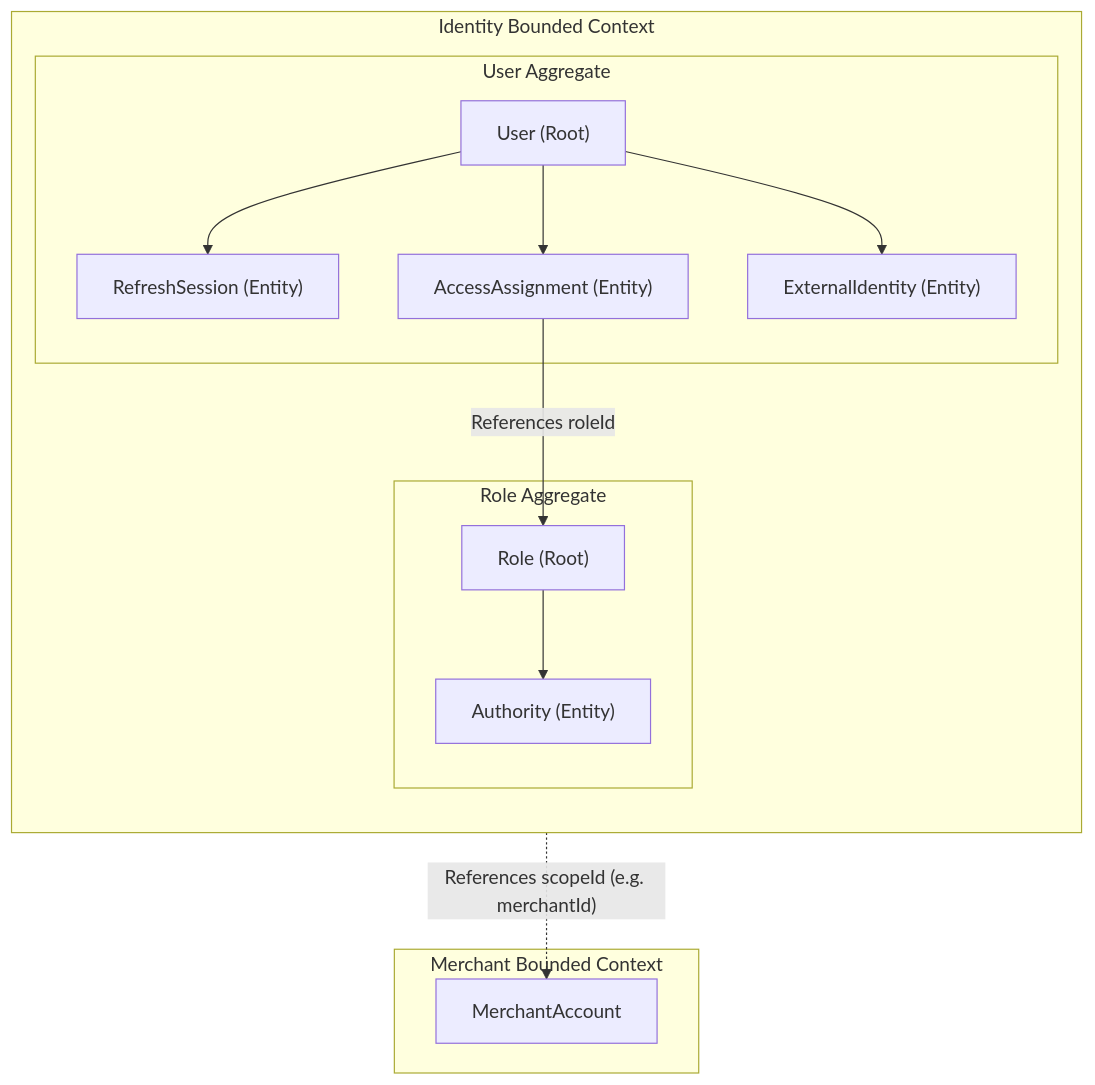
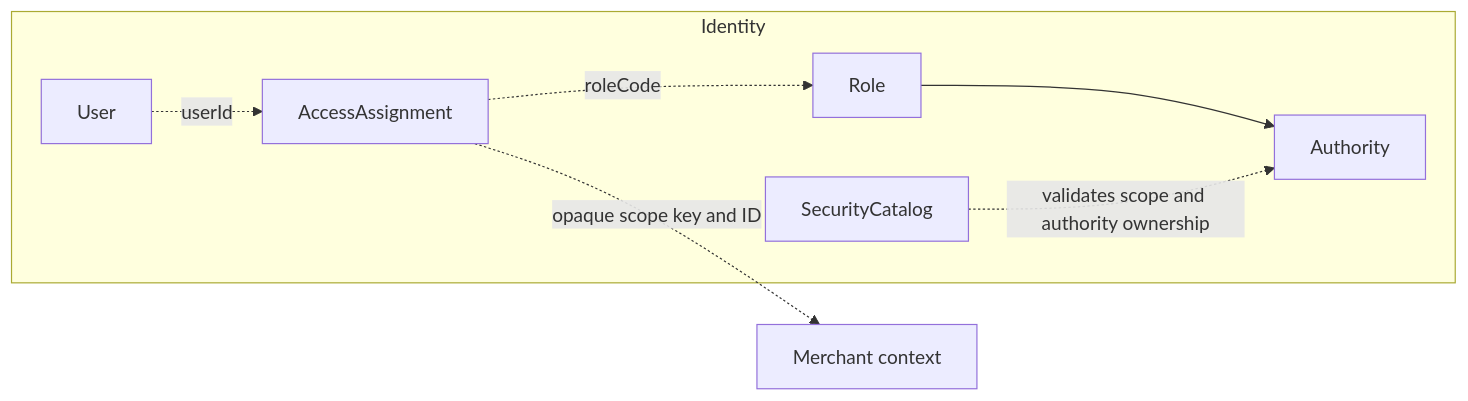
One commit to khinemyaezin/grab changed the first of 3 diagrams in docs/spec/domain/identity/architecture/identity-domain-spec.md. Above: the diagram before and after it, drawn with Mermaid. The commit also changed other lines of this file and 47 other files, not shown here.

````diff
--- a/docs/spec/domain/identity/architecture/identity-domain-spec.md
+++ b/docs/spec/domain/identity/architecture/identity-domain-spec.md
@@ -19,32 +17,16 @@
 ```mermaid
-flowchart TD
-    subgraph IdentityContext ["Identity Bounded Context"]
-        direction TB
-
-        subgraph UserAgg ["User Aggregate"]
-            User["User (Root)"]
-            Session["RefreshSession (Entity)"]
-            Assignment["AccessAssignment (Entity)"]
-            ExtId["ExternalIdentity (Entity)"]
-
-            User --> Session
-            User --> Assignment
-            User --> ExtId
-        end
-
-        subgraph RoleAgg ["Role Aggregate"]
-            Role["Role (Root)"]
-            Authority["Authority (Entity)"]
-            
-            Role --> Authority
-        end
-
-        Assignment -->|"References roleId"| Role
+flowchart LR
+    subgraph IdentityContext [Identity]
+        User["User"]
+        Assignment["AccessAssignment"]
+        Role["Role"]
+        Authority["Authority"]
+        Catalog["SecurityCatalog"]
+        User -. "userId" .-> Assignment
+        Assignment -. "roleCode" .-> Role
+        Role --> Authority
+        Catalog -. "validates scope and authority ownership" .-> Authority
     end
-
-    subgraph MerchantContext ["Merchant Bounded Context"]
-        Merchant["MerchantAccount"]
-    end
-
-    Assignment -.->|"References scopeId (e.g. merchantId)"| Merchant
+    Merchant["Merchant context"]
+    Assignment -. "opaque scope key and ID" .-> Merchant
 ```
````
